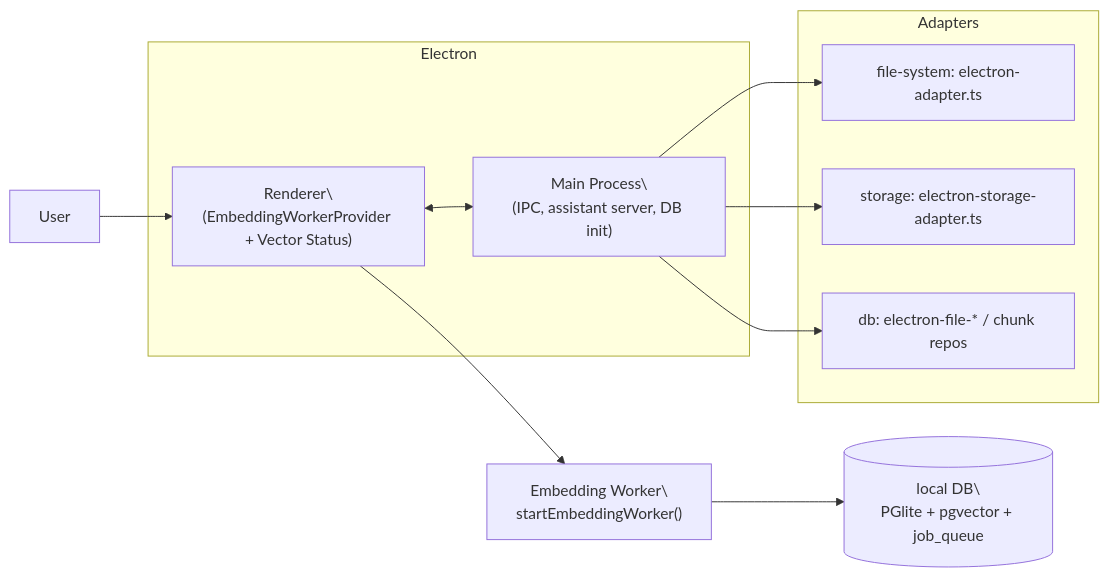
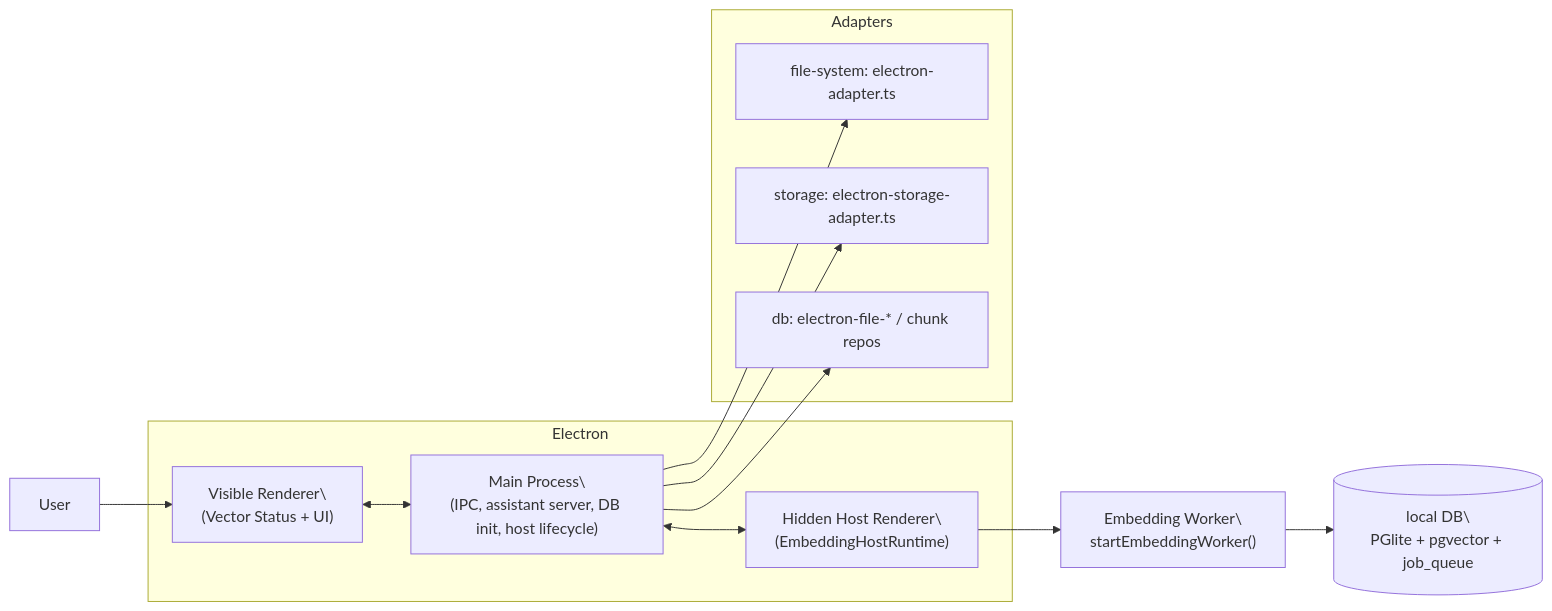
Before and after one commit to seandearnaley/brainstrike: the diagram in apps/docs/docs/architecture/desktop-app.md, drawn with Mermaid. The commit also changed other lines of this file and 72 other files, not shown here.

Commit message:
Polish desktop startup and embedding host architecture

````diff
--- a/apps/docs/docs/architecture/desktop-app.md
+++ b/apps/docs/docs/architecture/desktop-app.md
@@ -8,21 +8,23 @@
 ```mermaid
 flowchart LR
   subgraph Electron
-    Main["Main Process\\n(IPC, assistant server, DB init)"]
-    Renderer["Renderer\\n(EmbeddingWorkerProvider + Vector Status)"]
+    Main["Main Process\\n(IPC, assistant server, DB init, host lifecycle)"]
+    Renderer["Visible Renderer\\n(Vector Status + UI)"]
+    Host["Hidden Host Renderer\\n(EmbeddingHostRuntime)"]
   end
 
   subgraph Adapters
     FSA[file-system: electron-adapter.ts]
     STA[storage: electron-storage-adapter.ts]
     DRepo[db: electron-file-* / chunk repos]
   end
 
   User --> Renderer
   Renderer <--> Main
+  Main <--> Host
   Main --> FSA
   Main --> STA
   Main --> DRepo
-  Renderer --> Worker["Embedding Worker\\nstartEmbeddingWorker()"]
+  Host --> Worker["Embedding Worker\\nstartEmbeddingWorker()"]
   Worker --> DB[(local DB\\nPGlite + pgvector + job_queue)]
 ```
````
